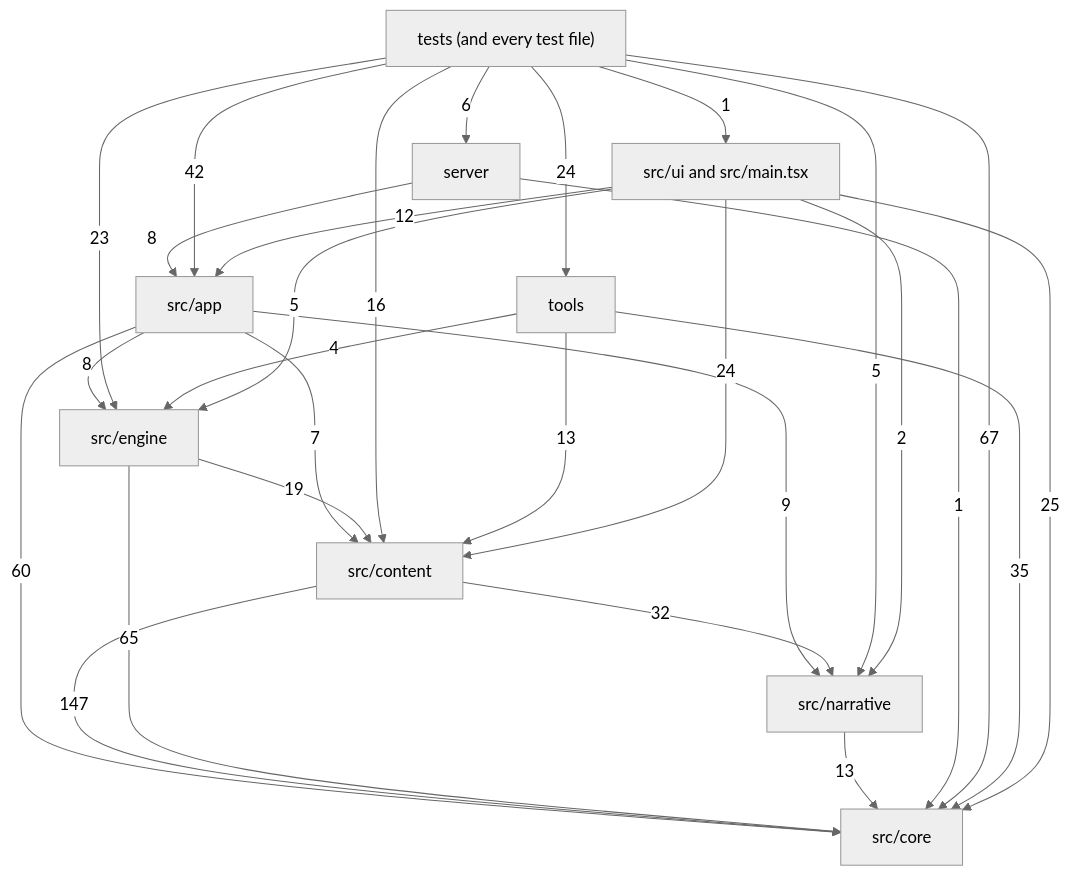
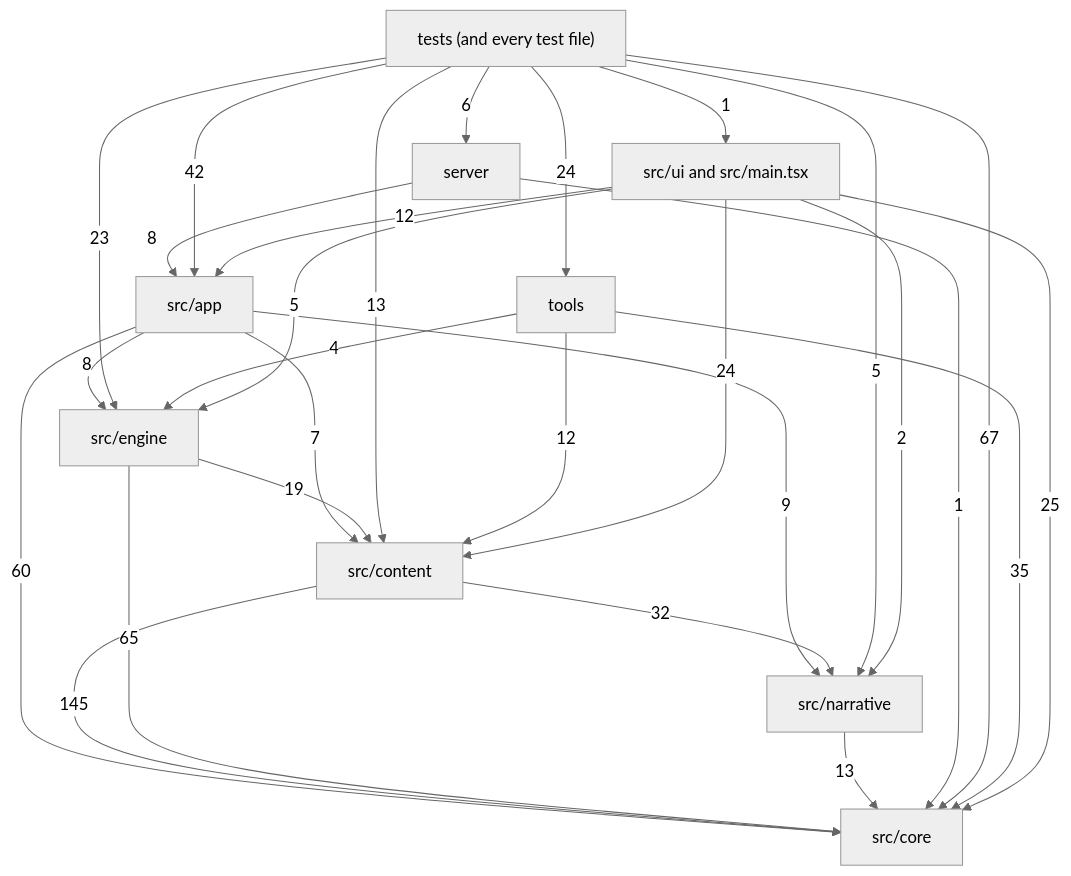
One commit to OrangeB0lt/Cyber-funk changed the diagram in docs/reference/code-map/README.md. Above: the diagram before and after it, drawn with Mermaid (neutral theme). The commit also changed other lines of this file and 21 other files, not shown here.

````diff
--- a/docs/reference/code-map/README.md
+++ b/docs/reference/code-map/README.md
@@ -29,39 +29,39 @@
 ```mermaid
 flowchart TD
   core["src/core"]
   narrative["src/narrative"]
   content["src/content"]
   engine["src/engine"]
   app["src/app"]
   ui["src/ui and src/main.tsx"]
   server["server"]
   tools["tools"]
   tests["tests (and every test file)"]
   app -->|7| content
   app -->|60| core
   app -->|8| engine
   app -->|9| narrative
-  content -->|147| core
+  content -->|145| core
   content -->|32| narrative
   engine -->|19| content
   engine -->|65| core
   narrative -->|13| core
   server -->|8| app
   server -->|1| core
   tests -->|42| app
-  tests -->|16| content
+  tests -->|13| content
   tests -->|67| core
   tests -->|23| engine
   tests -->|5| narrative
   tests -->|6| server
   tests -->|24| tools
   tests -->|1| ui
-  tools -->|13| content
+  tools -->|12| content
   tools -->|35| core
   tools -->|4| engine
   ui -->|12| app
   ui -->|24| content
   ui -->|25| core
   ui -->|5| engine
   ui -->|2| narrative
 ```
````
